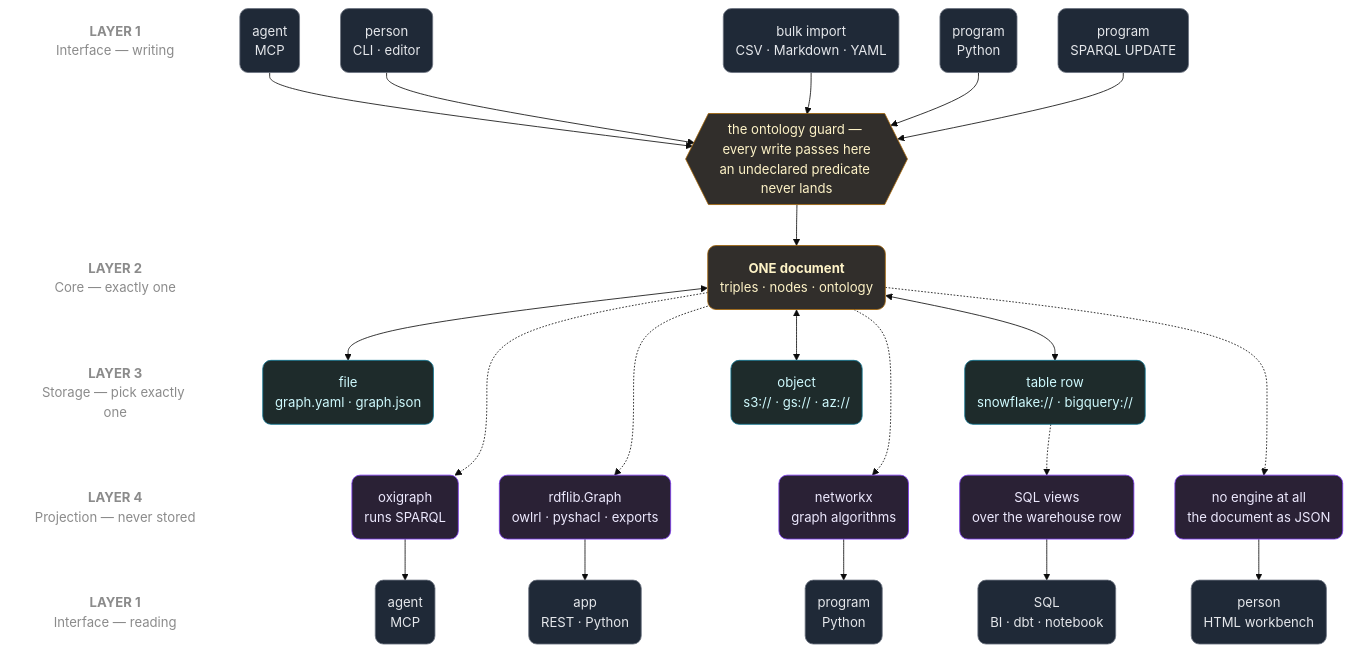
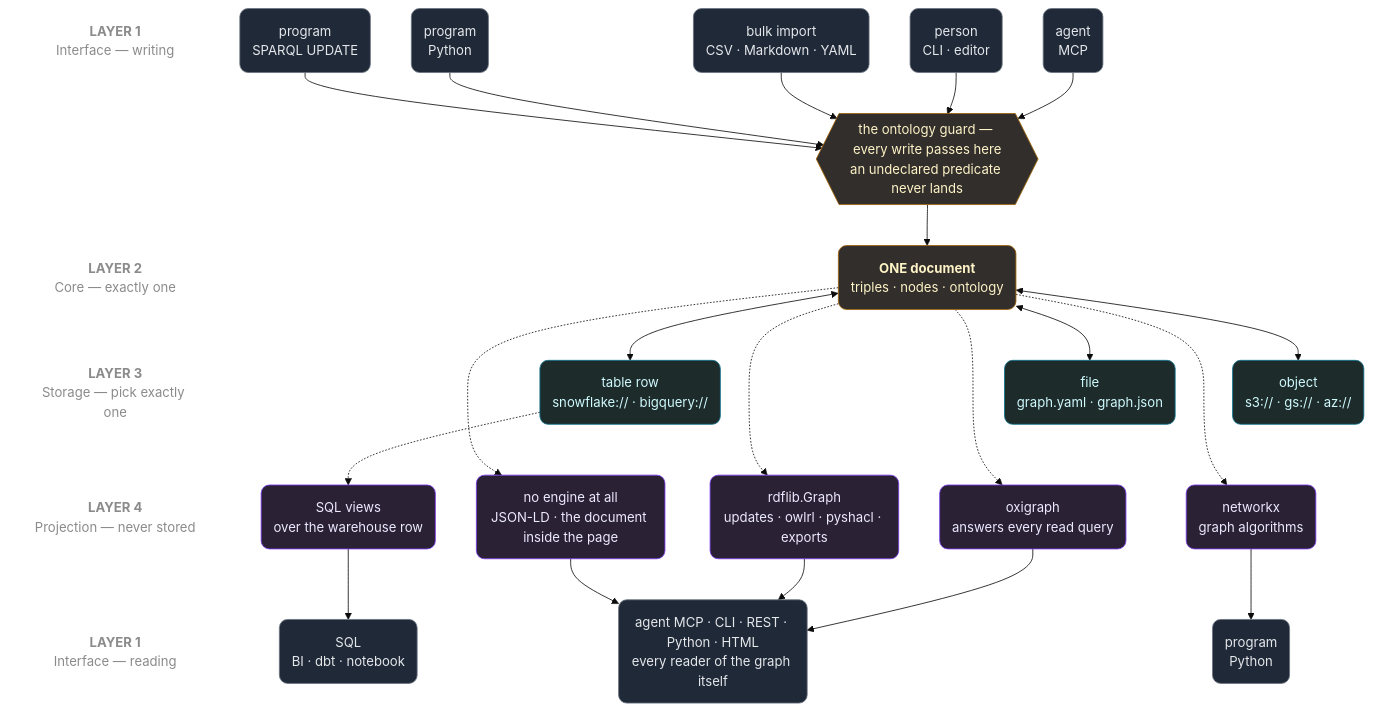
The first of 3 diagrams in docs/ARCHITECTURE.md (RyutoYoda/trikedb), drawn with Mermaid (base theme) before and after one commit. The commit also changed other lines of this file and 7 other files, not shown here.

````diff
--- a/docs/ARCHITECTURE.md
+++ b/docs/ARCHITECTURE.md
@@ -9,66 +9,64 @@
 ```mermaid
 flowchart TB
     LA["<b>LAYER 1</b><br/>Interface — writing"]
     LG[" "]
     LB["<b>LAYER 2</b><br/>Core — exactly one"]
     LC["<b>LAYER 3</b><br/>Storage — pick exactly one"]
     LD["<b>LAYER 4</b><br/>Projection — never stored"]
     LE["<b>LAYER 1</b><br/>Interface — reading"]
     LA ~~~ LG ~~~ LB ~~~ LC ~~~ LD ~~~ LE
 
     WA("agent<br/>MCP")
     WC("person<br/>CLI · editor")
     WI("bulk import<br/>CSV · Markdown · YAML")
     WP("program<br/>Python")
     WU("program<br/>SPARQL UPDATE")
     G{{"the ontology guard — every write passes here<br/>an undeclared predicate never lands"}}
     C("<b>ONE document</b><br/>triples · nodes · ontology")
     SF("file<br/>graph.yaml · graph.json")
     SO("object<br/>s3:// · gs:// · az://")
     SW("table row<br/>snowflake:// · bigquery://")
-    PO("oxigraph<br/>runs SPARQL")
-    PR("rdflib.Graph<br/>owlrl · pyshacl · exports")
+    PO("oxigraph<br/>answers every read query")
+    PR("rdflib.Graph<br/>updates · owlrl · pyshacl · exports")
     PN("networkx<br/>graph algorithms")
     PV("SQL views<br/>over the warehouse row")
-    PD("no engine at all<br/>the document as JSON")
-    RA("agent<br/>MCP")
-    RP("app<br/>REST · Python")
+    PD("no engine at all<br/>JSON-LD · the document inside the page")
+    RQ("agent MCP · CLI · REST · Python · HTML<br/>every reader of the graph itself")
     RG("program<br/>Python")
     RS("SQL<br/>BI · dbt · notebook")
-    RH("person<br/>HTML workbench")
 
     WA --> G
     WC --> G
     WI --> G
     WP --> G
     WU --> G
     G --> C
     C <--> SF
     C <--> SO
     C <--> SW
     SF ~~~ PO
     SF ~~~ PR
     SO ~~~ PN
     SW -.-> PV
     SW ~~~ PD
     C -.-> PO
     C -.-> PR
     C -.-> PN
     C -.-> PD
-    PO --> RA
-    PR --> RP
+    PO --> RQ
+    PR --> RQ
     PN --> RG
     PV --> RS
-    PD --> RH
+    PD --> RQ
 
     classDef lbl fill:none,stroke:none,color:#8b8b8b
     classDef iface fill:#1f2937,stroke:#6b7280,color:#e5e7eb,rx:10,ry:10
     classDef core fill:#312e2b,stroke:#a16207,color:#fef3c7,rx:10,ry:10
     classDef store fill:#1e2b2b,stroke:#0e7490,color:#cffafe,rx:10,ry:10
     classDef proj fill:#2a2135,stroke:#7c3aed,color:#ede9fe,rx:10,ry:10
     class LA,LG,LB,LC,LD,LE lbl
-    class WA,WC,WI,WP,WU,RA,RP,RG,RS,RH iface
+    class WA,WC,WI,WP,WU,RQ,RG,RS iface
     class C,G core
     class SF,SO,SW store
     class PO,PR,PN,PV,PD proj
 ```
````
